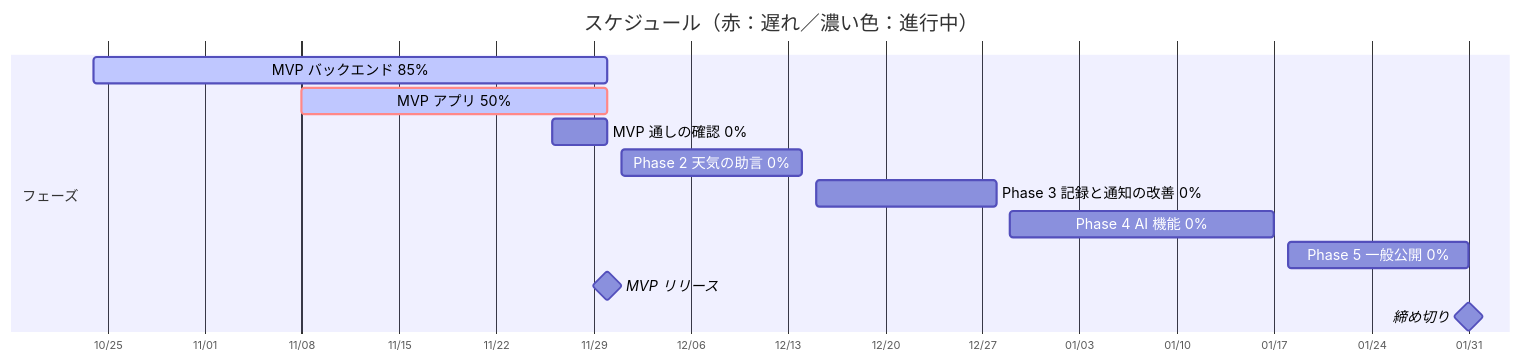
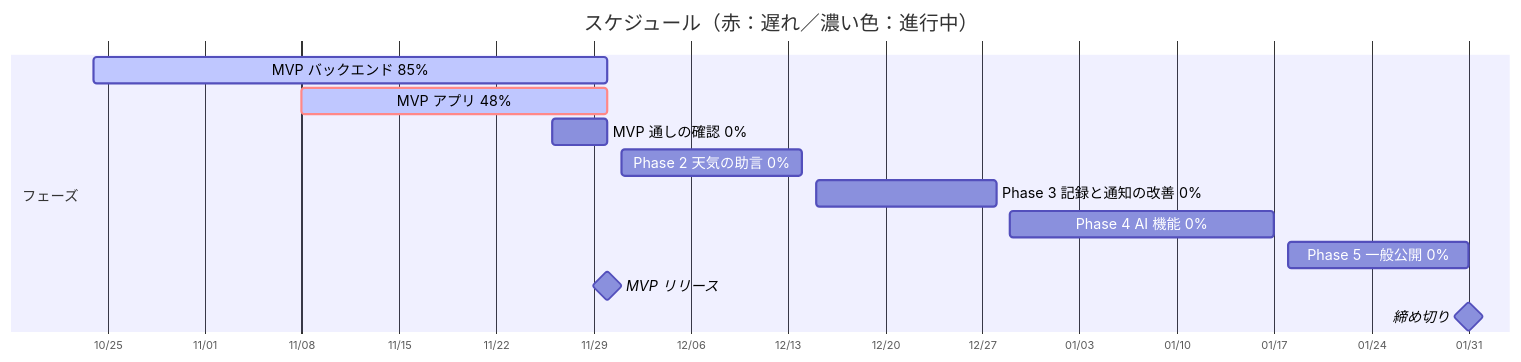
One commit to ch00z00/uchinokusa changed the diagram in README.md. Above: the diagram before and after it, drawn with Mermaid. The commit also changed other lines of this file and 2 other files, not shown here.

````diff
--- a/README.md
+++ b/README.md
@@ -26,17 +26,17 @@
 ```mermaid
 %%{init: {"gantt": {"useWidth": 1400, "useMaxWidth": false, "barHeight": 24, "fontSize": 13, "sectionFontSize": 13}}}%%
 gantt
     title スケジュール（赤：遅れ／濃い色：進行中）
     dateFormat YYYY-MM-DD
     axisFormat %m/%d
     section フェーズ
     MVP バックエンド 85% :active, backend, 2026-10-24, 2026-11-30
-    MVP アプリ 50% :crit, active, app, 2026-11-08, 2026-11-30
+    MVP アプリ 48% :crit, active, app, 2026-11-08, 2026-11-30
     MVP 通しの確認 0% :e2e, 2026-11-26, 2026-11-30
     Phase 2 天気の助言 0% :p2, 2026-12-01, 2026-12-14
     Phase 3 記録と通知の改善 0% :p3, 2026-12-15, 2026-12-28
     Phase 4 AI 機能 0% :p4, 2026-12-29, 2027-01-17
     Phase 5 一般公開 0% :p5, 2027-01-18, 2027-01-31
     MVP リリース :milestone, m0, 2026-11-30, 0d
     締め切り :milestone, deadline, 2027-01-31, 0d
 ```
````
